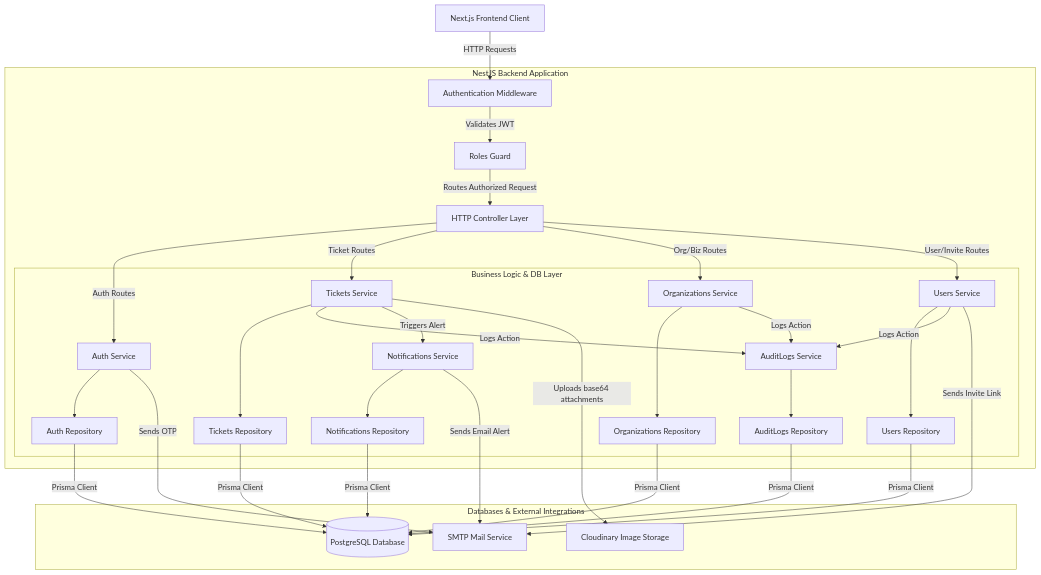
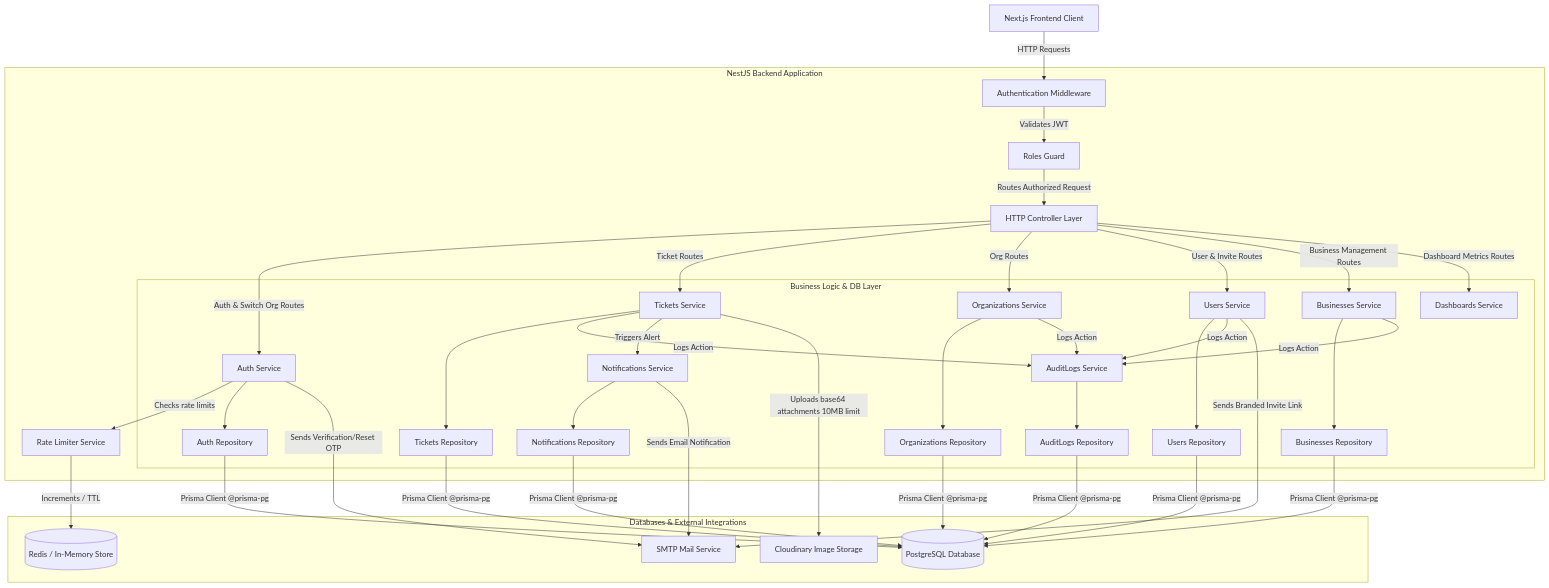
One commit to AbrahamMayowa/fonu-desk-backend changed the diagram in ARCHITECTURE.md. Above: the diagram before and after it, drawn with Mermaid. The commit also changed other lines of this file and 1 other file, not shown here.

````diff
--- a/ARCHITECTURE.md
+++ b/ARCHITECTURE.md
@@ -17,9 +17,10 @@
     subgraph NestJS Backend Application
         Gateway[HTTP Controller Layer]
         
-        %% Middleware & Guards
+        %% Middleware, Guards & Security
         AuthMid[Authentication Middleware]
         RoleGuard[Roles Guard]
+        RateLimiter[Rate Limiter Service]
         
         %% Services & Repositories
         subgraph Business Logic & DB Layer
@@ -34,18 +35,24 @@
             
             UserService[Users Service]
             UserRepo[Users Repository]
+
+            BizService[Businesses Service]
+            BizRepo[Businesses Repository]
             
             AuditService[AuditLogs Service]
             AuditRepo[AuditLogs Repository]
             
             NotifService[Notifications Service]
             NotifRepo[Notifications Repository]
+            
+            DashService[Dashboards Service]
         end
     end
     
-    %% External systems
+    %% External systems & Cache Layer
     subgraph Databases & External Integrations
         Database[(PostgreSQL Database)]
+        RedisStore[(Redis / In-Memory Store)]
         Cloudinary[Cloudinary Image Storage]
         Mailtrap[SMTP Mail Service]
     end
@@ -56,39 +63,48 @@
     RoleGuard -->|Routes Authorized Request| Gateway
     
     %% Route connections
-    Gateway -->|Auth Routes| AuthService
+    Gateway -->|Auth & Switch Org Routes| AuthService
     Gateway -->|Ticket Routes| TicketService
-    Gateway -->|Org/Biz Routes| OrgService
-    Gateway -->|User/Invite Routes| UserService
+    Gateway -->|Org Routes| OrgService
+    Gateway -->|User & Invite Routes| UserService
+    Gateway -->|Business Management Routes| BizService
+    Gateway -->|Dashboard Metrics Routes| DashService
+    
+    %% Rate Limiting Flow
+    AuthService -->|Checks rate limits| RateLimiter
+    RateLimiter -->|Increments / TTL| RedisStore
     
     %% Service connections
     AuthService --> AuthRepo
     TicketService --> TicketRepo
     OrgService --> OrgRepo
     UserService --> UserRepo
+    BizService --> BizRepo
     
     %% Shared systems
     TicketService -->|Logs Action| AuditService
     OrgService -->|Logs Action| AuditService
     UserService -->|Logs Action| AuditService
+    BizService -->|Logs Action| AuditService
     
     TicketService -->|Triggers Alert| NotifService
-    UserService -->|Sends Invite Link| Mailtrap
-    AuthService -->|Sends OTP| Mailtrap
+    UserService -->|Sends Branded Invite Link| Mailtrap
+    AuthService -->|Sends Verification/Reset OTP| Mailtrap
     
     NotifService --> NotifRepo
-    NotifService -->|Sends Email Alert| Mailtrap
+    NotifService -->|Sends Email Notification| Mailtrap
     
     AuditService --> AuditRepo
     
     %% DB mapping
-    AuthRepo -->|Prisma Client| Database
-    TicketRepo -->|Prisma Client| Database
-    OrgRepo -->|Prisma Client| Database
-    UserRepo -->|Prisma Client| Database
-    AuditRepo -->|Prisma Client| Database
-    NotifRepo -->|Prisma Client| Database
+    AuthRepo -->|Prisma Client @prisma-pg| Database
+    TicketRepo -->|Prisma Client @prisma-pg| Database
+    OrgRepo -->|Prisma Client @prisma-pg| Database
+    UserRepo -->|Prisma Client @prisma-pg| Database
+    BizRepo -->|Prisma Client @prisma-pg| Database
+    AuditRepo -->|Prisma Client @prisma-pg| Database
+    NotifRepo -->|Prisma Client @prisma-pg| Database
     
     %% File upload
-    TicketService -->|Uploads base64 attachments| Cloudinary
+    TicketService -->|Uploads base64 attachments 10MB limit| Cloudinary
 ```
````
